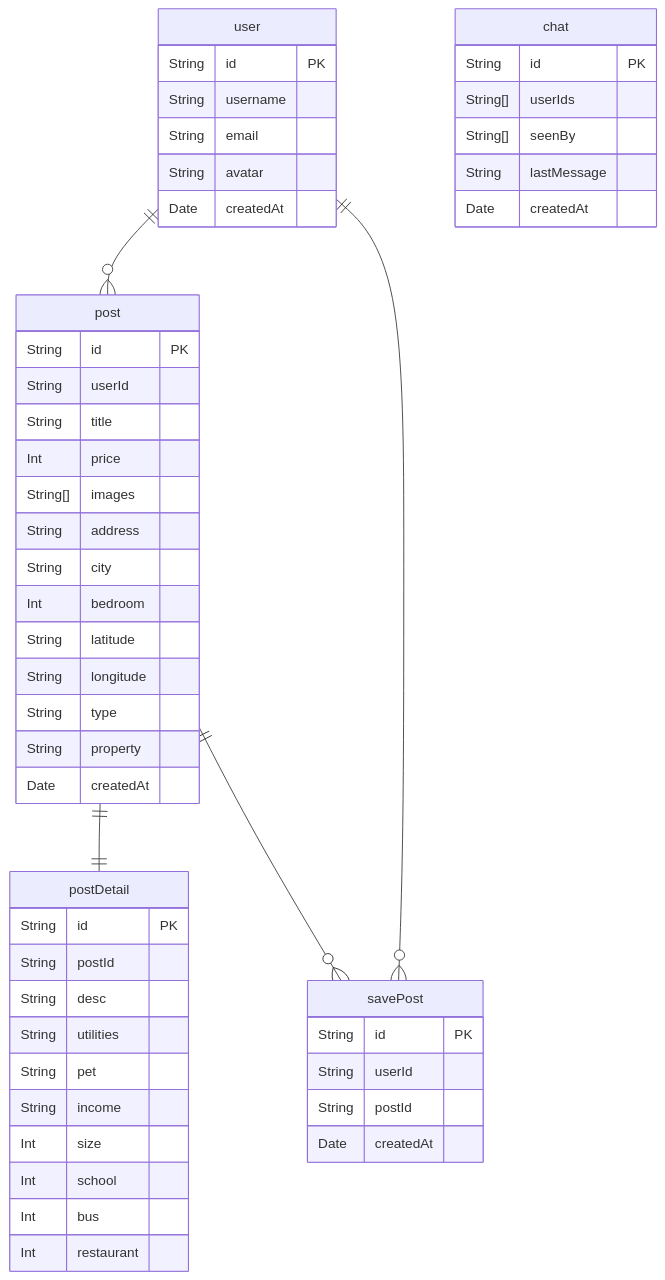
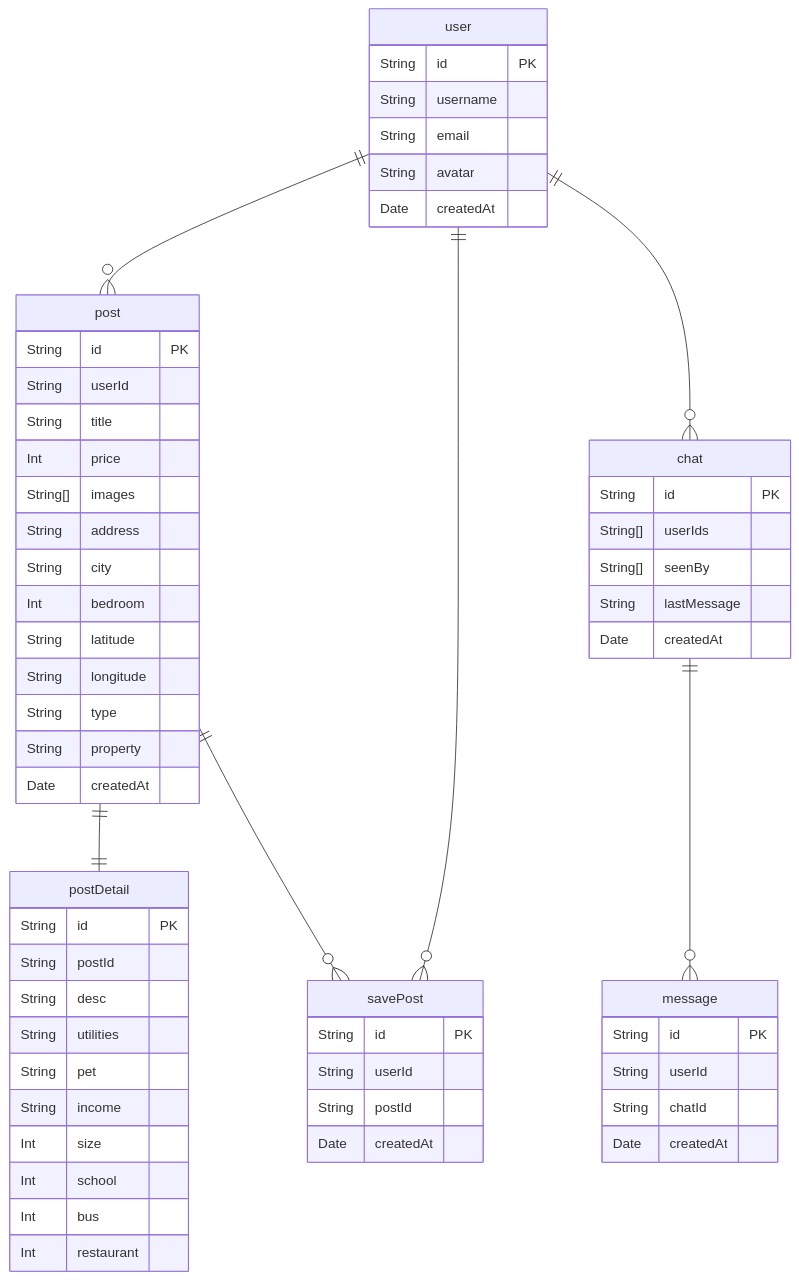
Before and after one commit to Louis-jk/full-stack-estate: the diagram in README.md, drawn with Mermaid. The commit also changed other lines of this file, not shown here.

````diff
--- a/README.md
+++ b/README.md
@@ -17,63 +19,73 @@
 ```mermaid
 erDiagram
     user {
         String  id PK
         String  username
         String  email
         String  avatar
         Date    createdAt
     }
 
     post {
         String      id PK
         String      userId
         String      title
         Int         price
         String[]    images
         String      address
         String      city
         Int         bedroom
         String      latitude
         String      longitude
         String      type
         String      property
         Date        createdAt
     }
 
     user ||--o{ post : ""
 
     postDetail {
         String      id PK
         String      postId
         String      desc
         String      utilities
         String      pet
         String      income
         Int         size
         Int         school
         Int         bus
         Int         restaurant
     }
 
     post ||--|| postDetail : ""
 
     savePost {
         String      id PK
         String      userId
         String      postId
         Date        createdAt
     }
 
     user ||--o{ savePost : ""
     post ||--o{ savePost : ""
 
     chat {
         String      id PK
         String[]    userIds
         String[]    seenBy
         String      lastMessage
         Date        createdAt
     }
 
+    user ||--o{ chat : ""
+
+    message {
+        String      id PK
+        String      userId
+        String      chatId
+        Date        createdAt
+    }
+
+    chat ||--o{ message: ""
 
 ```
````
